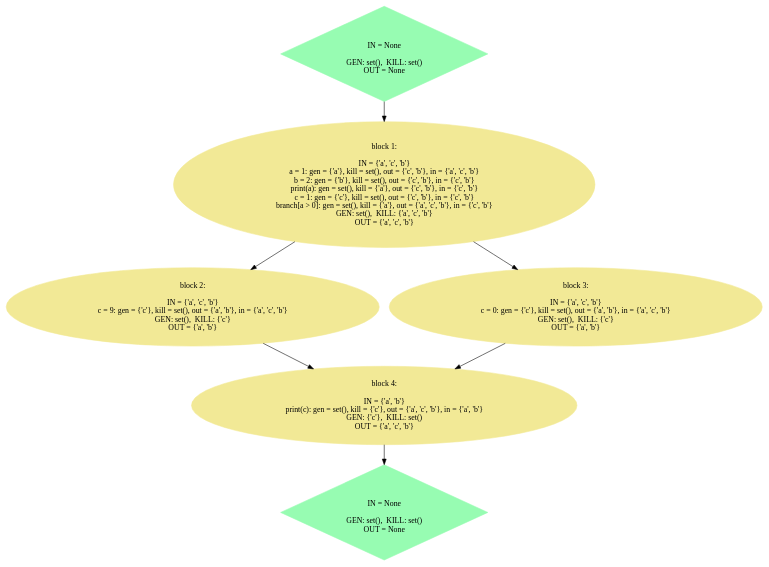
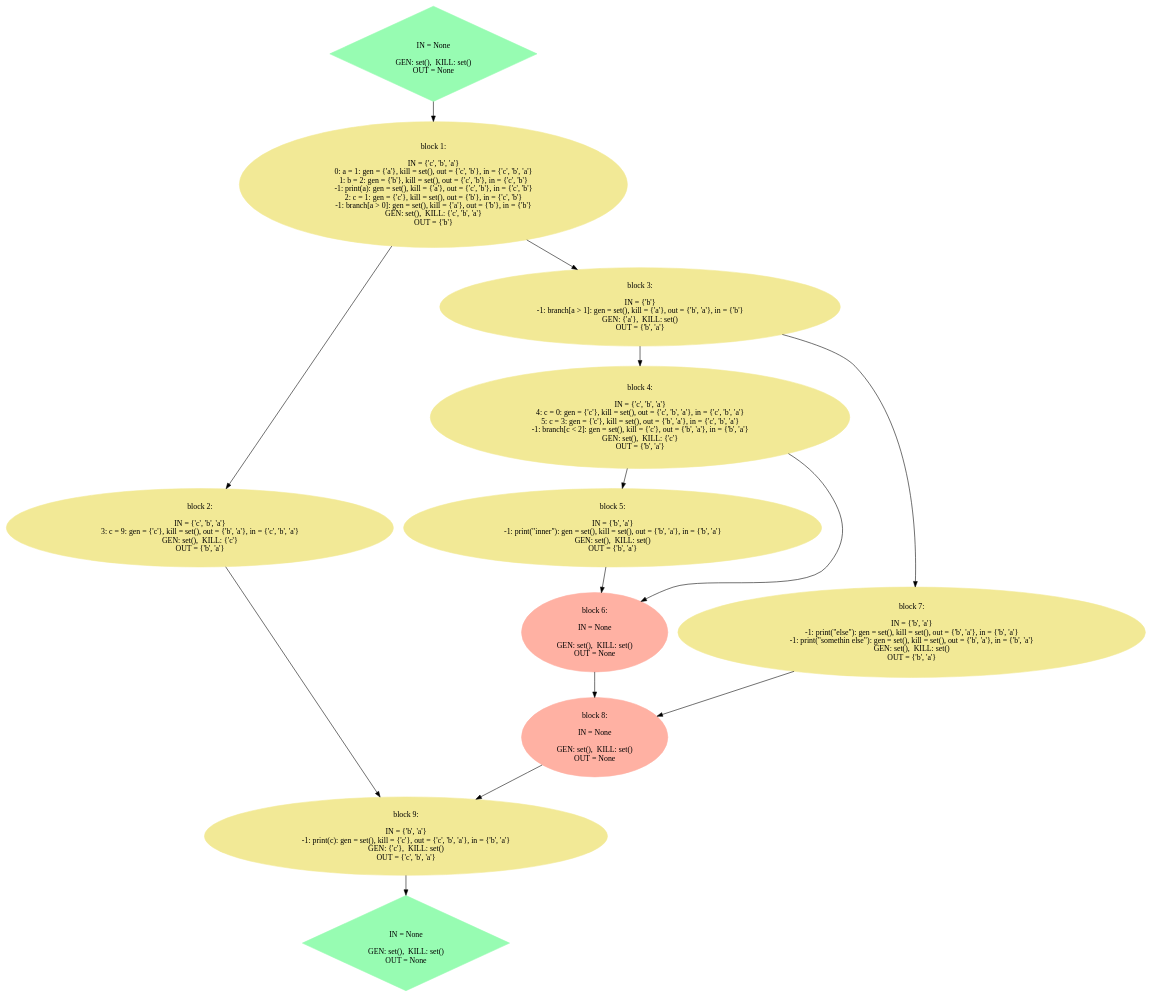
Before and after one commit to joelsunny/program-analysis: the diagram in faintvariable/temp/simple_test.gv, drawn with Graphviz. The commit also changed 22 other files, not shown here.

```diff
--- a/faintvariable/temp/simple_test.gv
+++ b/faintvariable/temp/simple_test.gv
@@ -1,55 +1,102 @@
 // CFG
 digraph {
 	node [color="#97fcb2" shape=diamond style=filled]
 	0 [label="
 IN = None
 
 GEN: set(),  KILL: set() 
 OUT = None"]
 	node [color="#f2e996" shape=ellipse style=filled]
 	1 [label="block 1:
 
-IN = {'a', 'c', 'b'}
-a = 1: gen = {'a'}, kill = set(), out = {'c', 'b'}, in = {'a', 'c', 'b'} 
-b = 2: gen = {'b'}, kill = set(), out = {'c', 'b'}, in = {'c', 'b'} 
-print(a): gen = set(), kill = {'a'}, out = {'c', 'b'}, in = {'c', 'b'} 
-c = 1: gen = {'c'}, kill = set(), out = {'c', 'b'}, in = {'c', 'b'} 
-branch[a > 0]: gen = set(), kill = {'a'}, out = {'a', 'c', 'b'}, in = {'c', 'b'} 
-GEN: set(),  KILL: {'a', 'c', 'b'} 
-OUT = {'a', 'c', 'b'}"]
+IN = {'c', 'b', 'a'}
+0: a = 1: gen = {'a'}, kill = set(), out = {'c', 'b'}, in = {'c', 'b', 'a'} 
+1: b = 2: gen = {'b'}, kill = set(), out = {'c', 'b'}, in = {'c', 'b'} 
+-1: print(a): gen = set(), kill = {'a'}, out = {'c', 'b'}, in = {'c', 'b'} 
+2: c = 1: gen = {'c'}, kill = set(), out = {'b'}, in = {'c', 'b'} 
+-1: branch[a > 0]: gen = set(), kill = {'a'}, out = {'b'}, in = {'b'} 
+GEN: set(),  KILL: {'c', 'b', 'a'} 
+OUT = {'b'}"]
 	node [color="#f2e996" shape=ellipse style=filled]
 	2 [label="block 2:
 
-IN = {'a', 'c', 'b'}
-c = 9: gen = {'c'}, kill = set(), out = {'a', 'b'}, in = {'a', 'c', 'b'} 
+IN = {'c', 'b', 'a'}
+3: c = 9: gen = {'c'}, kill = set(), out = {'b', 'a'}, in = {'c', 'b', 'a'} 
 GEN: set(),  KILL: {'c'} 
-OUT = {'a', 'b'}"]
+OUT = {'b', 'a'}"]
 	node [color="#f2e996" shape=ellipse style=filled]
 	3 [label="block 3:
 
-IN = {'a', 'c', 'b'}
-c = 0: gen = {'c'}, kill = set(), out = {'a', 'b'}, in = {'a', 'c', 'b'} 
-GEN: set(),  KILL: {'c'} 
-OUT = {'a', 'b'}"]
+IN = {'b'}
+-1: branch[a > 1]: gen = set(), kill = {'a'}, out = {'b', 'a'}, in = {'b'} 
+GEN: {'a'},  KILL: set() 
+OUT = {'b', 'a'}"]
 	node [color="#f2e996" shape=ellipse style=filled]
 	4 [label="block 4:
 
-IN = {'a', 'b'}
-print(c): gen = set(), kill = {'c'}, out = {'a', 'c', 'b'}, in = {'a', 'b'} 
+IN = {'c', 'b', 'a'}
+4: c = 0: gen = {'c'}, kill = set(), out = {'c', 'b', 'a'}, in = {'c', 'b', 'a'} 
+5: c = 3: gen = {'c'}, kill = set(), out = {'b', 'a'}, in = {'c', 'b', 'a'} 
+-1: branch[c < 2]: gen = set(), kill = {'c'}, out = {'b', 'a'}, in = {'b', 'a'} 
+GEN: set(),  KILL: {'c'} 
+OUT = {'b', 'a'}"]
+	node [color="#f2e996" shape=ellipse style=filled]
+	5 [label="block 5:
+
+IN = {'b', 'a'}
+-1: print(\"inner\"): gen = set(), kill = set(), out = {'b', 'a'}, in = {'b', 'a'} 
+GEN: set(),  KILL: set() 
+OUT = {'b', 'a'}"]
+	node [color="#f2e996" shape=ellipse style=filled]
+	node [color="#ffb1a3" shape=ellipse style=filled]
+	6 [label="block 6:
+
+IN = None
+
+GEN: set(),  KILL: set() 
+OUT = None"]
+	node [color="#f2e996" shape=ellipse style=filled]
+	7 [label="block 7:
+
+IN = {'b', 'a'}
+-1: print(\"else\"): gen = set(), kill = set(), out = {'b', 'a'}, in = {'b', 'a'} 
+-1: print(\"somethin else\"): gen = set(), kill = set(), out = {'b', 'a'}, in = {'b', 'a'} 
+GEN: set(),  KILL: set() 
+OUT = {'b', 'a'}"]
+	node [color="#f2e996" shape=ellipse style=filled]
+	node [color="#ffb1a3" shape=ellipse style=filled]
+	8 [label="block 8:
+
+IN = None
+
+GEN: set(),  KILL: set() 
+OUT = None"]
+	node [color="#f2e996" shape=ellipse style=filled]
+	9 [label="block 9:
+
+IN = {'b', 'a'}
+-1: print(c): gen = set(), kill = {'c'}, out = {'c', 'b', 'a'}, in = {'b', 'a'} 
 GEN: {'c'},  KILL: set() 
-OUT = {'a', 'c', 'b'}"]
+OUT = {'c', 'b', 'a'}"]
 	node [color="#f2e996" shape=ellipse style=filled]
 	node [color="#97fcb2" shape=diamond style=filled]
-	5 [label="
+	10 [label="
 IN = None
 
 GEN: set(),  KILL: set() 
 OUT = None"]
 	node [color="#f2e996" shape=ellipse style=filled]
 	0 -> 1
 	1 -> 2
 	1 -> 3
-	2 -> 4
+	2 -> 9
 	3 -> 4
+	3 -> 7
 	4 -> 5
+	4 -> 6
+	5 -> 6
+	6 -> 8
+	7 -> 8
+	8 -> 9
+	9 -> 10
 }
```
